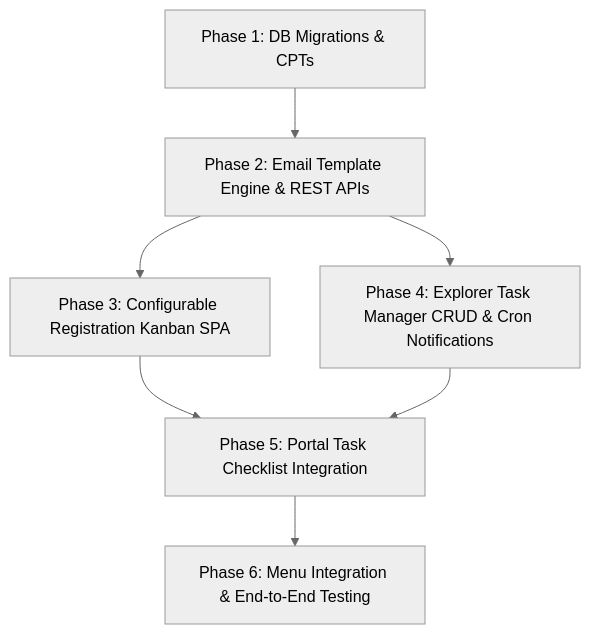
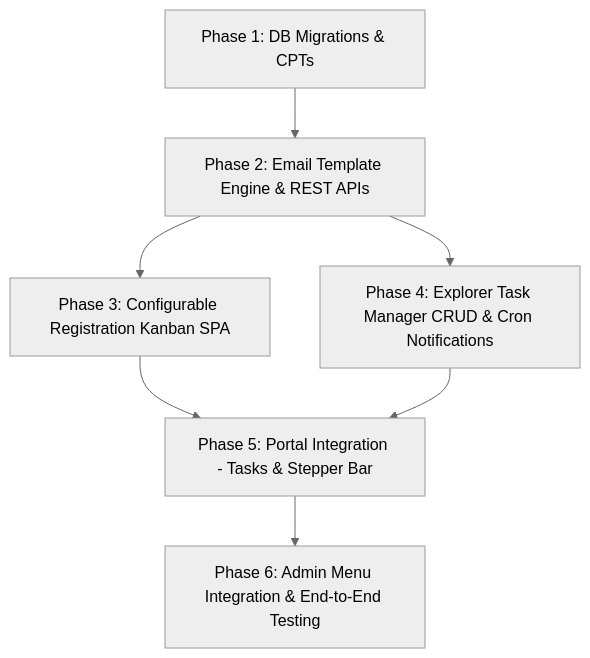
The third of 3 diagrams in docs/explorer-tasks-and-registration-kanban-plan.md (circularlizard/expedition-management-system), drawn with Mermaid (neutral theme) before and after one commit. The commit also changed other lines of this file, not shown here.

Commit message:
docs(portal-tasks): add participant & parent portal integration architecture for tasks and kanban steppers

````diff
--- a/docs/explorer-tasks-and-registration-kanban-plan.md
+++ b/docs/explorer-tasks-and-registration-kanban-plan.md
@@ -288,9 +297,9 @@
 ```mermaid
 flowchart TD
     A[Phase 1: DB Migrations & CPTs] --> B[Phase 2: Email Template Engine & REST APIs]
     B --> C[Phase 3: Configurable Registration Kanban SPA]
     B --> D[Phase 4: Explorer Task Manager CRUD & Cron Notifications]
-    C --> E[Phase 5: Portal Task Checklist Integration]
+    C --> E[Phase 5: Portal Integration - Tasks & Stepper Bar]
     D --> E
-    E --> F[Phase 6: Menu Integration & End-to-End Testing]
+    E --> F[Phase 6: Admin Menu Integration & End-to-End Testing]
 ```
````
